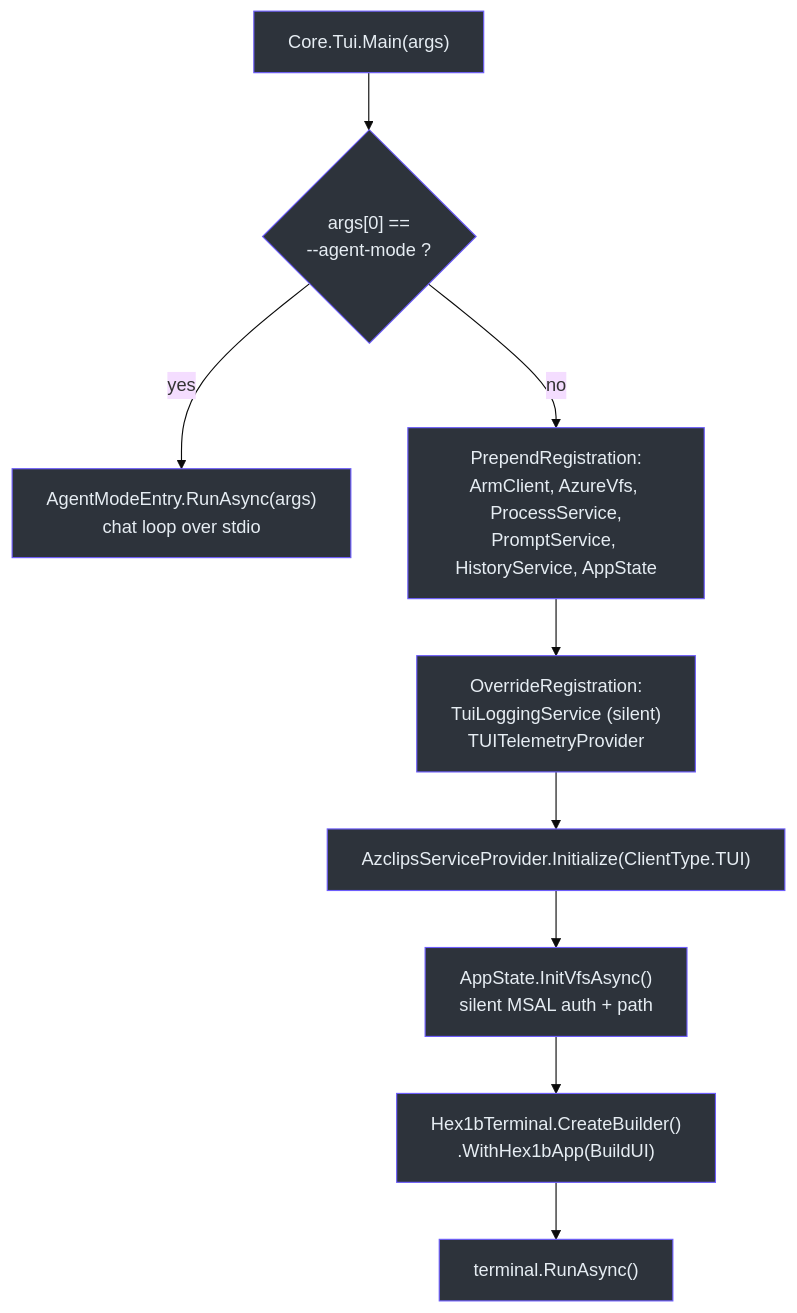
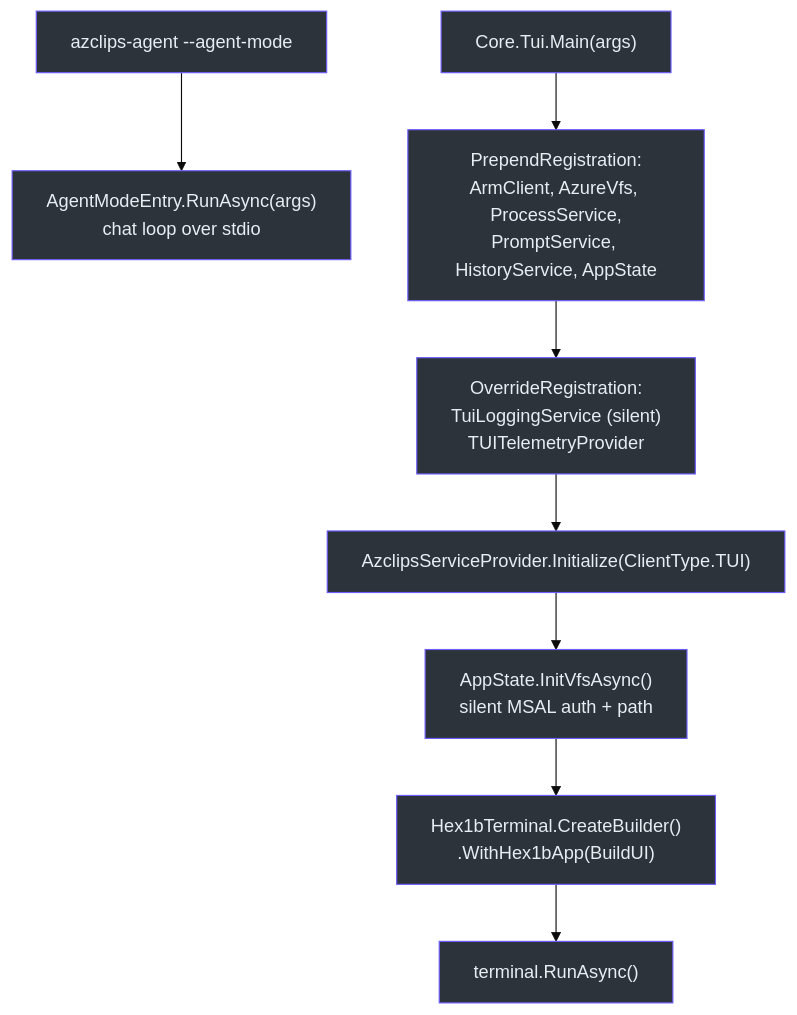
One commit to Azure/azclips changed the first of 3 diagrams in wiki/02-deep-dive/terminal-ui.md. Above: the diagram before and after it, drawn with Mermaid (base theme). The commit also changed other lines of this file and 19 other files, not shown here.

````diff
--- a/wiki/02-deep-dive/terminal-ui.md
+++ b/wiki/02-deep-dive/terminal-ui.md
@@ -24,21 +32,20 @@
 ```mermaid
 flowchart TD
-    Start["Core.Tui.Main(args)"] --> Check{"args[0] ==<br>--agent-mode ?"}
-    Check -->|yes| Agent["AgentModeEntry.RunAsync(args)<br>chat loop over stdio"]
-    Check -->|no| Prepend["PrependRegistration:<br>ArmClient, AzureVfs, ProcessService,<br>PromptService, HistoryService, AppState"]
+    Recovery["azclips-agent --agent-mode"] --> Agent["AgentModeEntry.RunAsync(args)<br>chat loop over stdio"]
+    Start["Core.Tui.Main(args)"] --> Prepend["PrependRegistration:<br>ArmClient, AzureVfs, ProcessService,<br>PromptService, HistoryService, AppState"]
     Prepend --> Override["OverrideRegistration:<br>TuiLoggingService (silent)<br>TUITelemetryProvider"]
     Override --> Init["AzclipsServiceProvider.Initialize(ClientType.TUI)"]
     Init --> Vfs["AppState.InitVfsAsync()<br>silent MSAL auth + path"]
     Vfs --> Build["Hex1bTerminal.CreateBuilder()<br>.WithHex1bApp(BuildUI)"]
     Build --> Run["terminal.RunAsync()"]
 
     style Start fill:#2d333b,stroke:#6d5dfc,color:#e6edf3
-    style Check fill:#2d333b,stroke:#6d5dfc,color:#e6edf3
+    style Recovery fill:#2d333b,stroke:#6d5dfc,color:#e6edf3
     style Agent fill:#2d333b,stroke:#6d5dfc,color:#e6edf3
     style Prepend fill:#2d333b,stroke:#6d5dfc,color:#e6edf3
     style Override fill:#2d333b,stroke:#6d5dfc,color:#e6edf3
     style Init fill:#2d333b,stroke:#6d5dfc,color:#e6edf3
     style Vfs fill:#2d333b,stroke:#6d5dfc,color:#e6edf3
     style Build fill:#2d333b,stroke:#6d5dfc,color:#e6edf3
     style Run fill:#2d333b,stroke:#6d5dfc,color:#e6edf3
 ```
````
